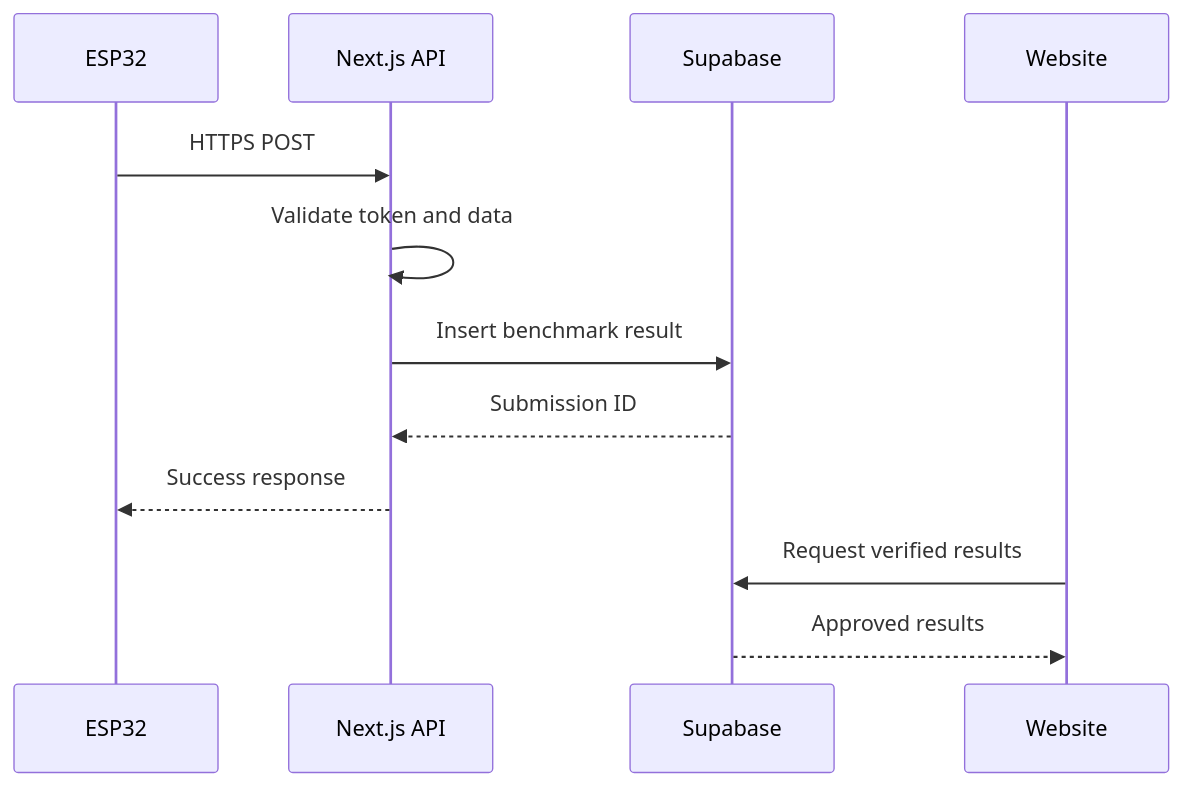
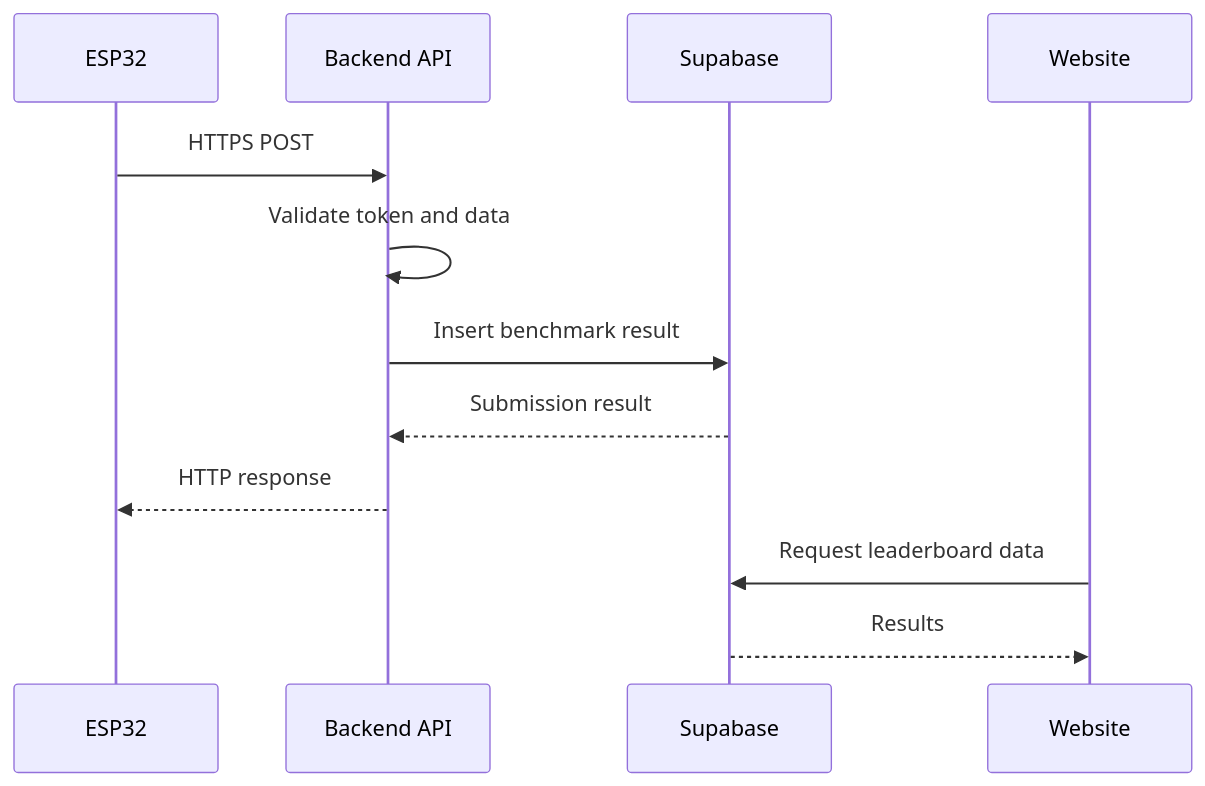
Before and after one commit to HeyDander/esp32_benchmark: the second of 2 diagrams in README.md, drawn with Mermaid. The commit also changed other lines of this file, not shown here.

````diff
--- a/README.md
+++ b/README.md
@@ -270,15 +270,15 @@
 ```mermaid
 sequenceDiagram
     participant ESP as ESP32
-    participant API as Next.js API
+    participant API as Backend API
     participant DB as Supabase
     participant WEB as Website
 
     ESP->>API: HTTPS POST
     API->>API: Validate token and data
     API->>DB: Insert benchmark result
-    DB-->>API: Submission ID
-    API-->>ESP: Success response
-    WEB->>DB: Request verified results
-    DB-->>WEB: Approved results
+    DB-->>API: Submission result
+    API-->>ESP: HTTP response
+    WEB->>DB: Request leaderboard data
+    DB-->>WEB: Results
 ```
````
